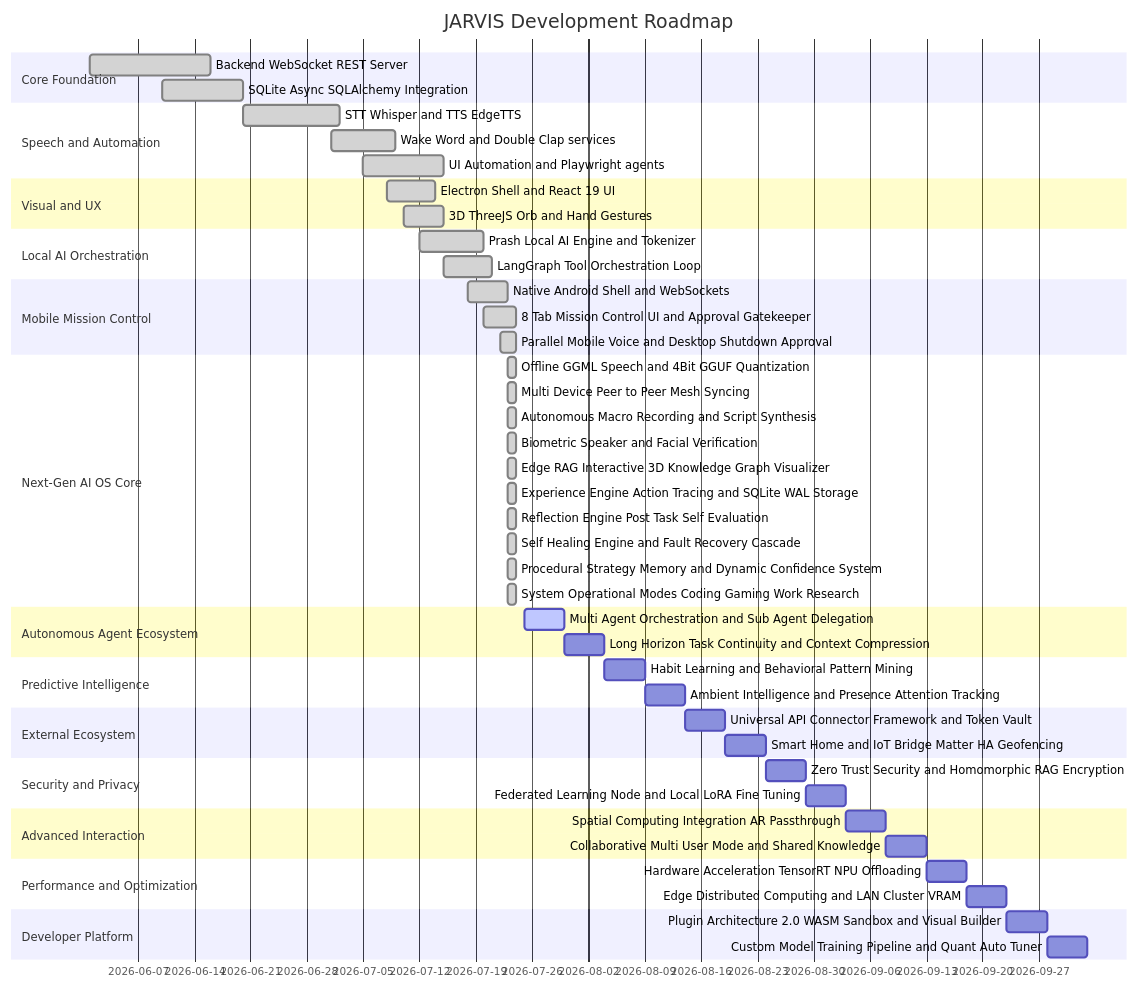
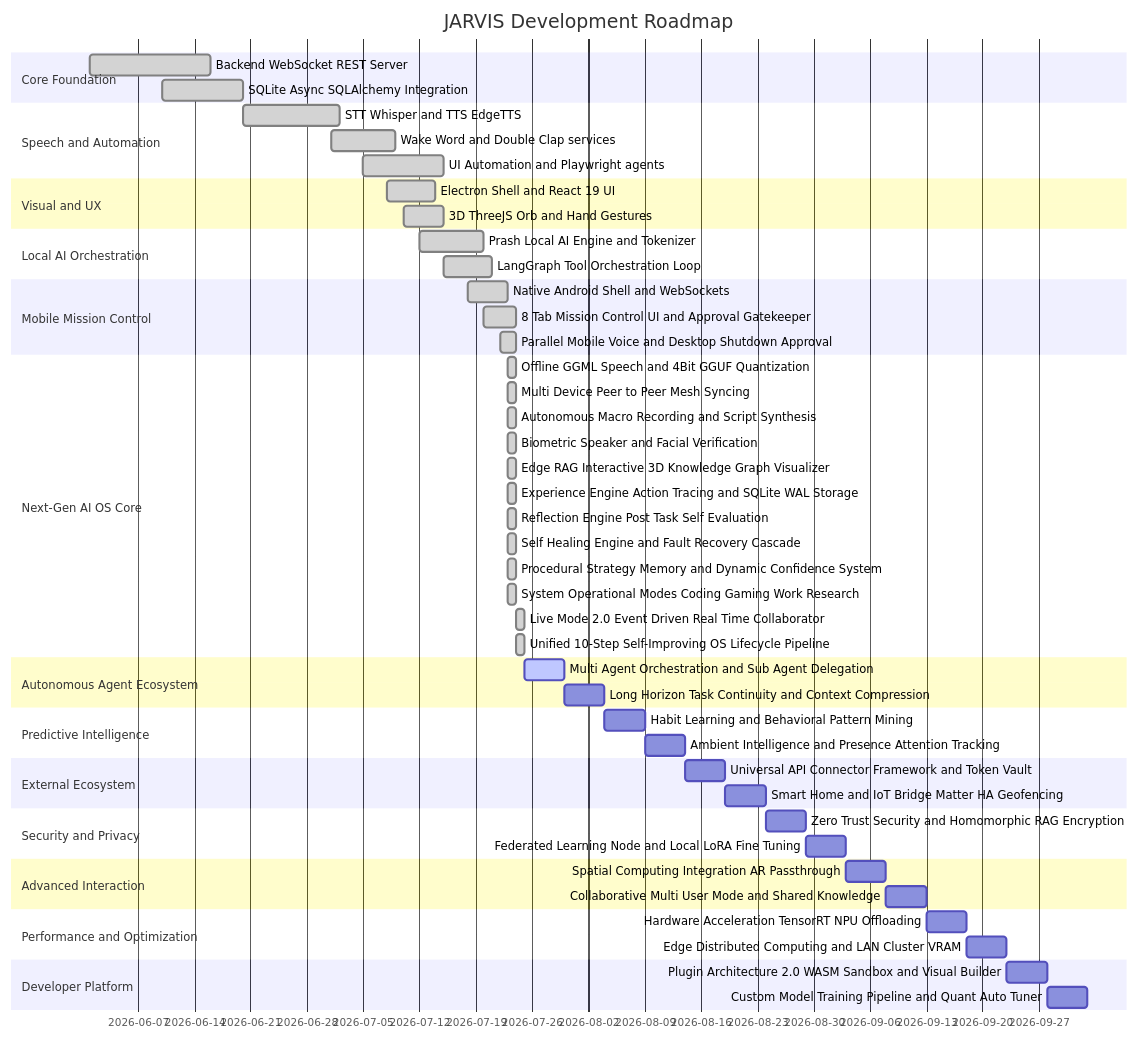
The diagram in documentations/Tracker.md (Ashrit-Raghupatruni/JARVIS), drawn with Mermaid before and after one commit. The commit also changed other lines of this file and 40 other files, not shown here.

````diff
--- a/documentations/Tracker.md
+++ b/documentations/Tracker.md
@@ -9,54 +9,56 @@
 ```mermaid
 gantt
     title JARVIS Development Roadmap
     dateFormat YYYY-MM-DD
     section Core Foundation
     Backend WebSocket REST Server :done, t1_1, 2026-06-01, 15d
     SQLite Async SQLAlchemy Integration :done, t1_2, 2026-06-10, 10d
     section Speech and Automation
     STT Whisper and TTS EdgeTTS :done, t2_1, 2026-06-20, 12d
     Wake Word and Double Clap services :done, t2_2, 2026-07-01, 8d
     UI Automation and Playwright agents :done, t2_3, 2026-07-05, 10d
     section Visual and UX
     Electron Shell and React 19 UI :done, t3_1, 2026-07-08, 6d
     3D ThreeJS Orb and Hand Gestures :done, t3_2, 2026-07-10, 5d
     section Local AI Orchestration
     Prash Local AI Engine and Tokenizer :done, t4_1, 2026-07-12, 8d
     LangGraph Tool Orchestration Loop :done, t4_2, 2026-07-15, 6d
     section Mobile Mission Control
     Native Android Shell and WebSockets :done, t5_1, 2026-07-18, 5d
     8 Tab Mission Control UI and Approval Gatekeeper :done, t5_2, 2026-07-20, 4d
     Parallel Mobile Voice and Desktop Shutdown Approval :done, t5_3, 2026-07-22, 2d
     section Next-Gen AI OS Core
     Offline GGML Speech and 4Bit GGUF Quantization :done, t6_1, 2026-07-23, 1d
     Multi Device Peer to Peer Mesh Syncing :done, t6_2, 2026-07-23, 1d
     Autonomous Macro Recording and Script Synthesis :done, t6_3, 2026-07-23, 1d
     Biometric Speaker and Facial Verification :done, t6_4, 2026-07-23, 1d
     Edge RAG Interactive 3D Knowledge Graph Visualizer :done, t6_5, 2026-07-23, 1d
     Experience Engine Action Tracing and SQLite WAL Storage :done, t6_6, 2026-07-23, 1d
     Reflection Engine Post Task Self Evaluation :done, t6_7, 2026-07-23, 1d
     Self Healing Engine and Fault Recovery Cascade :done, t6_8, 2026-07-23, 1d
     Procedural Strategy Memory and Dynamic Confidence System :done, t6_9, 2026-07-23, 1d
     System Operational Modes Coding Gaming Work Research :done, t6_10, 2026-07-23, 1d
+    Live Mode 2.0 Event Driven Real Time Collaborator :done, t6_11, 2026-07-24, 1d
+    Unified 10-Step Self-Improving OS Lifecycle Pipeline :done, t6_12, 2026-07-24, 1d
     section Autonomous Agent Ecosystem
     Multi Agent Orchestration and Sub Agent Delegation :active, t7_1, 2026-07-25, 5d
     Long Horizon Task Continuity and Context Compression :t7_2, 2026-07-30, 5d
     section Predictive Intelligence
     Habit Learning and Behavioral Pattern Mining :t8_1, 2026-08-04, 5d
     Ambient Intelligence and Presence Attention Tracking :t8_2, 2026-08-09, 5d
     section External Ecosystem
     Universal API Connector Framework and Token Vault :t9_1, 2026-08-14, 5d
     Smart Home and IoT Bridge Matter HA Geofencing :t9_2, 2026-08-19, 5d
     section Security and Privacy
     Zero Trust Security and Homomorphic RAG Encryption :t10_1, 2026-08-24, 5d
     Federated Learning Node and Local LoRA Fine Tuning :t10_2, 2026-08-29, 5d
     section Advanced Interaction
     Spatial Computing Integration AR Passthrough :t11_1, 2026-09-03, 5d
     Collaborative Multi User Mode and Shared Knowledge :t11_2, 2026-09-08, 5d
     section Performance and Optimization
     Hardware Acceleration TensorRT NPU Offloading :t12_1, 2026-09-13, 5d
     Edge Distributed Computing and LAN Cluster VRAM :t12_2, 2026-09-18, 5d
     section Developer Platform
     Plugin Architecture 2.0 WASM Sandbox and Visual Builder :t13_1, 2026-09-23, 5d
     Custom Model Training Pipeline and Quant Auto Tuner :t13_2, 2026-09-28, 5d
 ```
````
